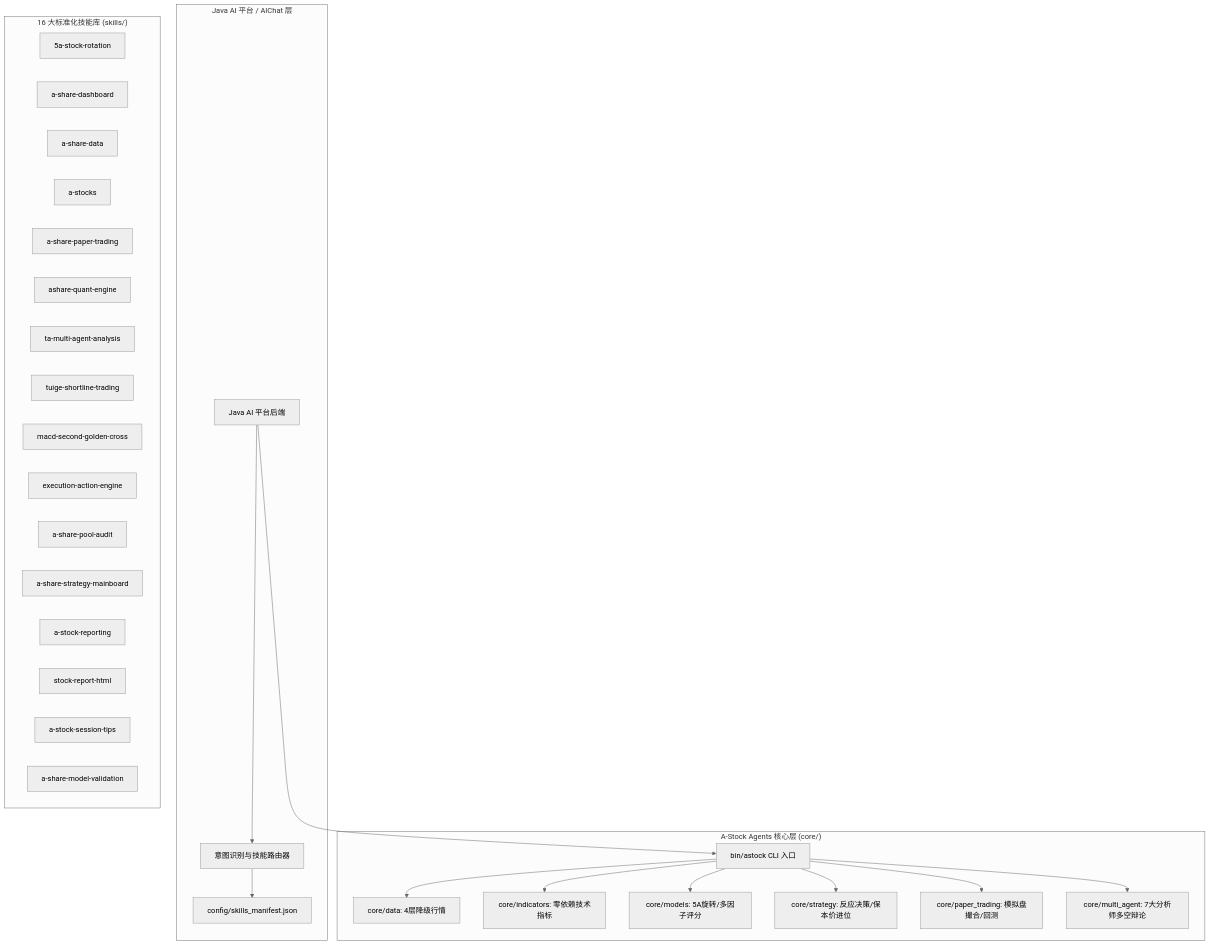
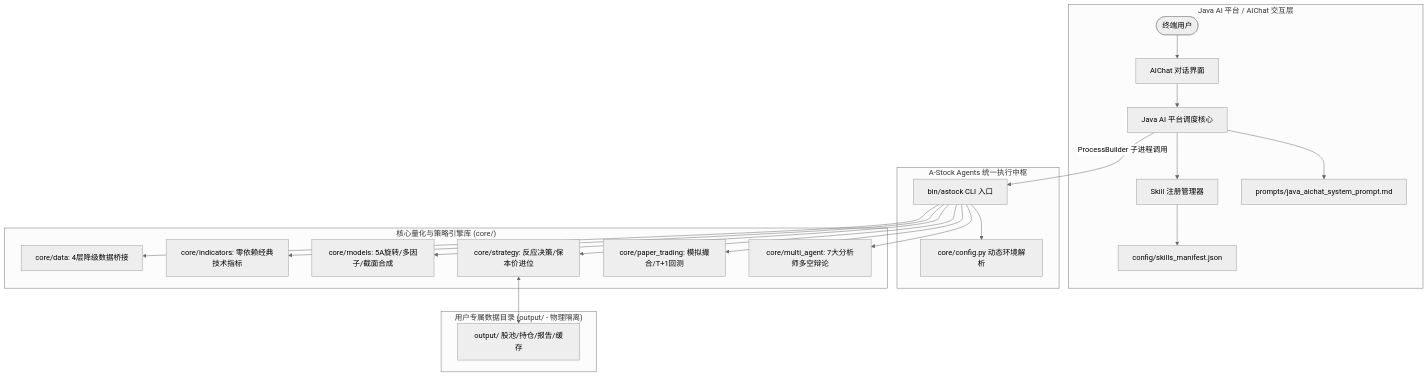
One commit to cvdnn/a_stock_agents changed the diagram in README.md. Above: the diagram before and after it, drawn with Mermaid (neutral theme). The commit also changed other lines of this file and 1 other file, not shown here.

````diff
--- a/README.md
+++ b/README.md
@@ -14,44 +27,36 @@
 ```mermaid
 graph TD
-    subgraph "Java AI 平台 / AIChat 层"
-        JavaAI[Java AI 平台后端] --> Router[意图识别与技能路由器]
-        Router --> Manifest[config/skills_manifest.json]
+    subgraph "Java AI 平台 / AIChat 交互层"
+        User([终端用户]) --> AIChat[AIChat 对话界面]
+        AIChat --> JavaEngine[Java AI 平台调度核心]
+        JavaEngine --> SkillRegistry[Skill 注册管理器]
+        SkillRegistry --> Manifest[config/skills_manifest.json]
+        JavaEngine --> SystemPrompt[prompts/java_aichat_system_prompt.md]
     end
 
-    subgraph "A-Stock Agents 核心层 (core/)"
-        CLI[bin/astock CLI 入口]
-        Data[core/data: 4层降级行情]
-        Indicators[core/indicators: 零依赖技术指标]
-        Models[core/models: 5A旋转/多因子评分]
+    subgraph "A-Stock Agents 统一执行中枢"
+        JavaEngine -- "ProcessBuilder 子进程调用" --> CLI[bin/astock CLI 入口]
+        CLI --> Config[core/config.py 动态环境解析]
+    end
+
+    subgraph "核心量化与策略引擎库 (core/)"
+        DataBridge[core/data: 4层降级数据桥接]
+        Indicators[core/indicators: 零依赖经典技术指标]
+        Models[core/models: 5A旋转/多因子/截面合成]
         Strategy[core/strategy: 反应决策/保本价进位]
-        Paper[core/paper_trading: 模拟盘撮合/回测]
+        PaperTrading[core/paper_trading: 模拟撮合/T+1回测]
         MultiAgent[core/multi_agent: 7大分析师多空辩论]
     end
 
-    subgraph "16 大标准化技能库 (skills/)"
-        S1[5a-stock-rotation]
-        S2[a-share-dashboard]
-        S3[a-share-data]
-        S4[a-stocks]
-        S5[a-share-paper-trading]
-        S6[ashare-quant-engine]
-        S7[ta-multi-agent-analysis]
-        S8[tuige-shortline-trading]
-        S9[macd-second-golden-cross]
-        S10[execution-action-engine]
-        S11[a-share-pool-audit]
-        S12[a-share-strategy-mainboard]
-        S13[a-stock-reporting]
-        S14[stock-report-html]
-        S15[a-stock-session-tips]
-        S16[a-share-model-validation]
+    subgraph "用户专属数据目录 (output/ - 物理隔离)"
+        UserOutput[output/ 股池/持仓/报告/缓存]
     end
 
-    JavaAI --> CLI
-    CLI --> Data
+    CLI --> DataBridge
     CLI --> Indicators
     CLI --> Models
     CLI --> Strategy
-    CLI --> Paper
+    CLI --> PaperTrading
     CLI --> MultiAgent
+    Strategy <--> UserOutput
 ```
````
